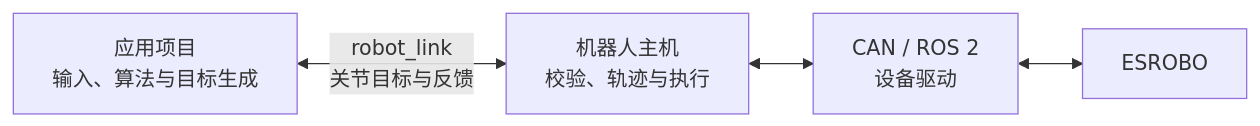
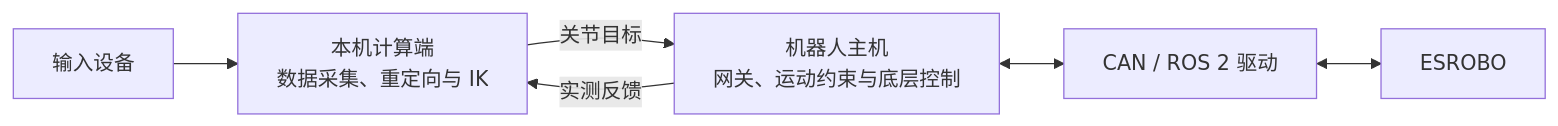
The diagram in profile/README.md (HUSTESROBO/.github), drawn with Mermaid before and after one commit. The commit also changed other lines of this file and 1 other file, not shown here.

Commit message:
Refine ESROBO organization overview and current project navigation

````diff
--- a/profile/README.md
+++ b/profile/README.md
@@ -31,6 +43,8 @@
 ```mermaid
 flowchart LR
-    A[应用项目<br/>输入、算法与目标生成] <-->|robot_link<br/>关节目标与反馈| B[机器人主机<br/>校验、轨迹与执行]
-    B <--> C[CAN / ROS 2<br/>设备驱动]
-    C <--> D[ESROBO]
+    A["输入设备"] --> B["本机计算端<br/>数据采集、重定向与 IK"]
+    B -->|关节目标| C["机器人主机<br/>网关、运动约束与底层控制"]
+    C -->|实测反馈| B
+    C <--> D["CAN / ROS 2 驱动"]
+    D <--> E["ESROBO"]
 ```
````
